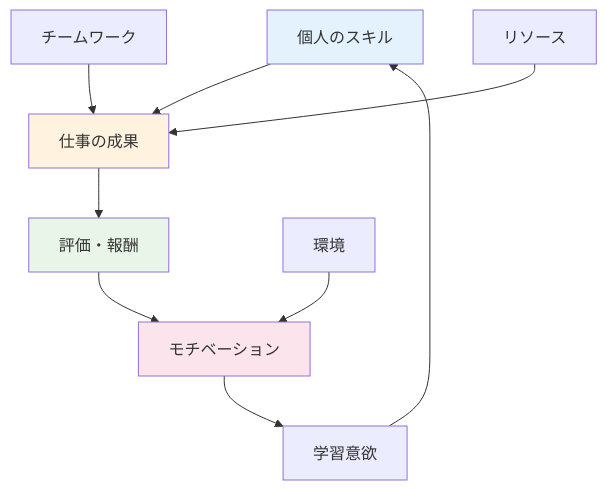
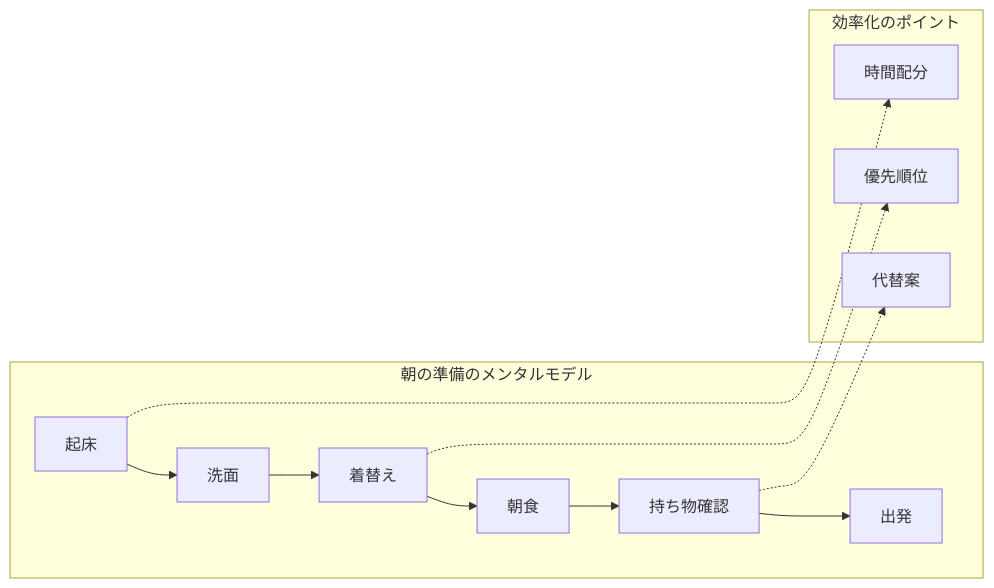
One commit to SparklingDetergent/doc_genai_mental_model changed the ninth of 13 diagrams in README.md. Above: the diagram before and after it, drawn with Mermaid. The commit also changed other lines of this file, not shown here.

````diff
--- a/README.md
+++ b/README.md
@@ -254,17 +236,20 @@
 ```mermaid
-graph TD
-    A[個人のスキル] --> B[仕事の成果]
-    B --> C[評価・報酬]
-    C --> D[モチベーション]
-    D --> E[学習意欲]
-    E --> A
+graph LR
+    subgraph "朝の準備のメンタルモデル"
+        A[起床] --> B[洗面]
+        B --> C[着替え]
+        C --> D[朝食]
+        D --> E[持ち物確認]
+        E --> F[出発]
+    end
     
-    F[チームワーク] --> B
-    G[リソース] --> B
-    H[環境] --> D
+    subgraph "効率化のポイント"
+        G[時間配分]
+        H[優先順位]
+        I[代替案]
+    end
     
-    style A fill:#e3f2fd
-    style B fill:#fff3e0
-    style C fill:#e8f5e8
-    style D fill:#fce4ec
+    A -.-> G
+    C -.-> H
+    E -.-> I
 ```
````
